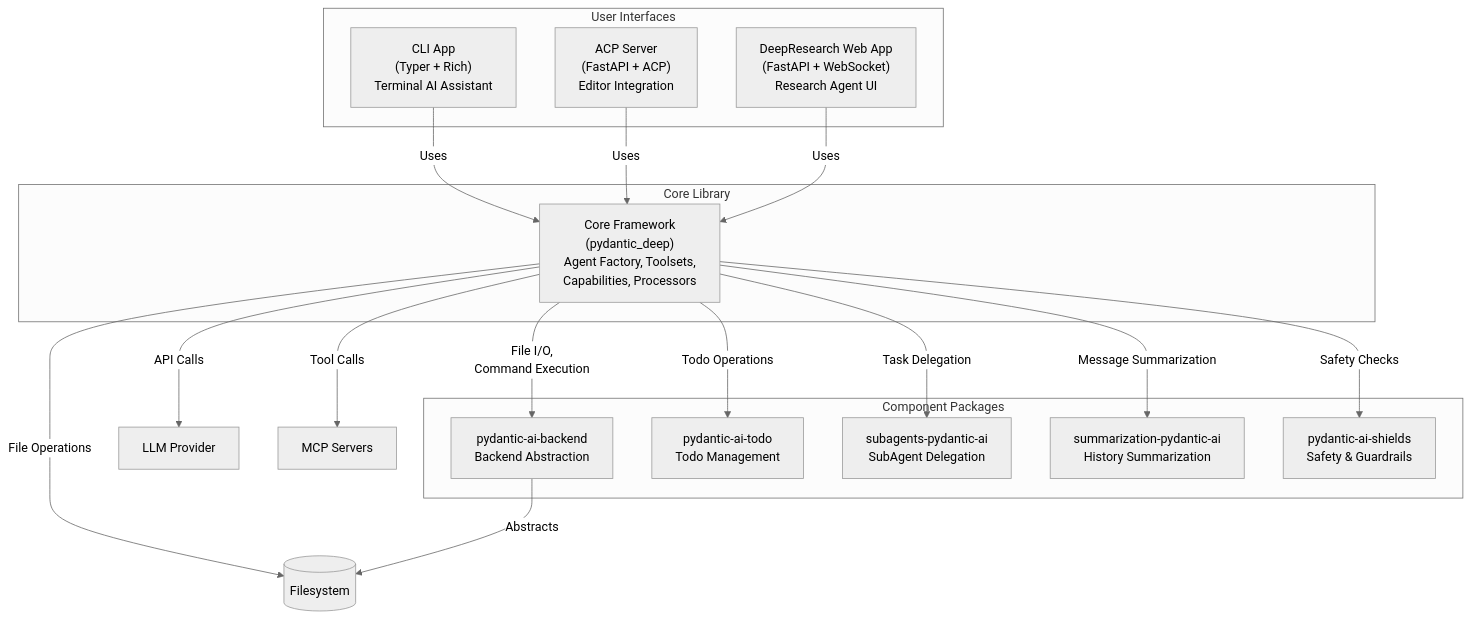
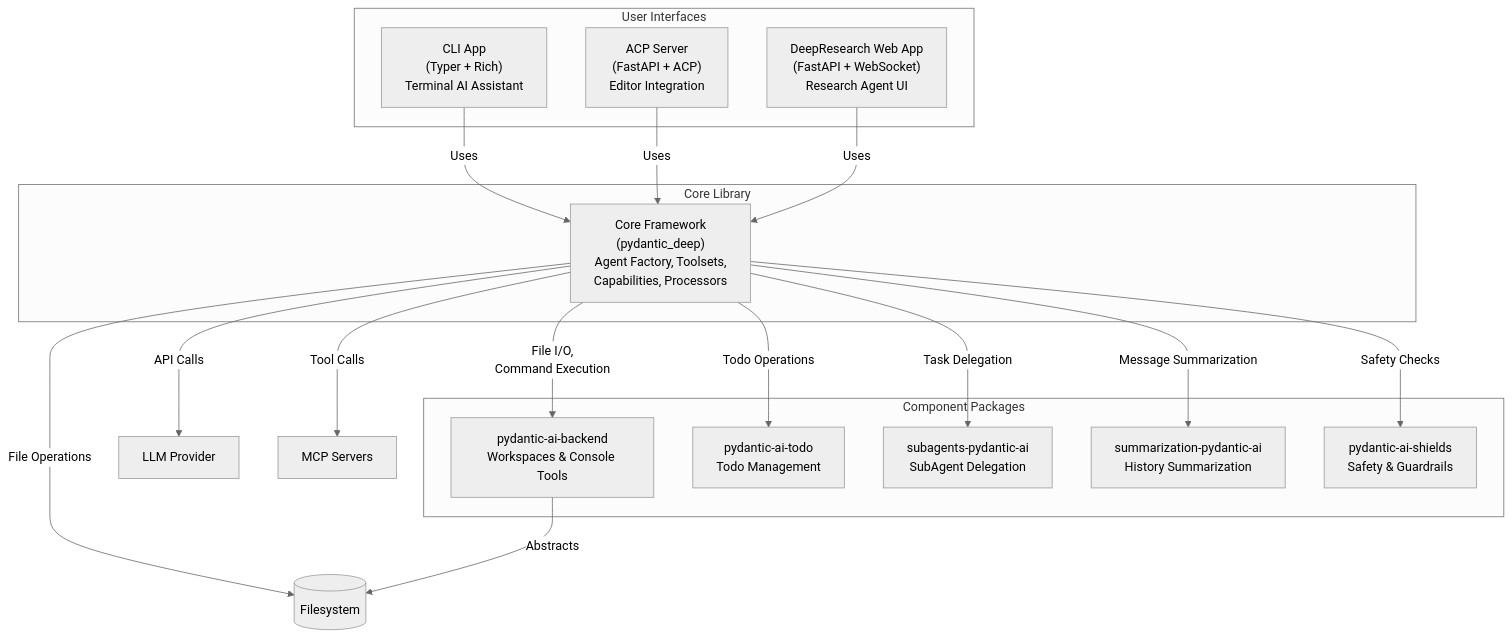
Before and after one commit to vstorm-co/pydantic-deepagents: the second of 13 diagrams in docs/c4/2-architecture-overview.md, drawn with Mermaid (neutral theme). The commit also changed other lines of this file and 68 other files, not shown here.

````diff
--- a/docs/c4/2-architecture-overview.md
+++ b/docs/c4/2-architecture-overview.md
@@ -97,36 +97,36 @@
 ```mermaid
 flowchart TD
     subgraph UserInterfaces["User Interfaces"]
         CLI["CLI App<br/>(Typer + Rich)<br/>Terminal AI Assistant"]
         ACP["ACP Server<br/>(FastAPI + ACP)<br/>Editor Integration"]
         DR["DeepResearch Web App<br/>(FastAPI + WebSocket)<br/>Research Agent UI"]
     end
 
     subgraph CoreLibrary["Core Library"]
         CORE["Core Framework<br/>(pydantic_deep)<br/>Agent Factory, Toolsets,<br/>Capabilities, Processors"]
     end
 
     subgraph ExternalPackages["Component Packages"]
-        BACKEND["pydantic-ai-backend<br/>Backend Abstraction"]
+        BACKEND["pydantic-ai-backend<br/>Workspaces & Console Tools"]
         TODO["pydantic-ai-todo<br/>Todo Management"]
         SUBAGENTS["subagents-pydantic-ai<br/>SubAgent Delegation"]
         SUMMARY["summarization-pydantic-ai<br/>History Summarization"]
         SHIELDS["pydantic-ai-shields<br/>Safety & Guardrails"]
     end
 
     CLI -->|"Uses"| CORE
     ACP -->|"Uses"| CORE
     DR -->|"Uses"| CORE
 
     CORE -->|"File I/O,<br/>Command Execution"| BACKEND
     CORE -->|"Todo Operations"| TODO
     CORE -->|"Task Delegation"| SUBAGENTS
     CORE -->|"Message Summarization"| SUMMARY
     CORE -->|"Safety Checks"| SHIELDS
 
     CORE -->|"API Calls"| LLM["LLM Provider"]
     CORE -->|"Tool Calls"| MCP["MCP Servers"]
     CORE -->|"File Operations"| FS[("Filesystem")]
 
     BACKEND -->|"Abstracts"| FS
 ```
````
